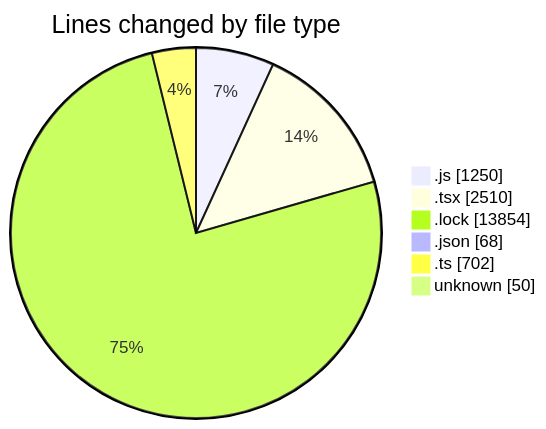
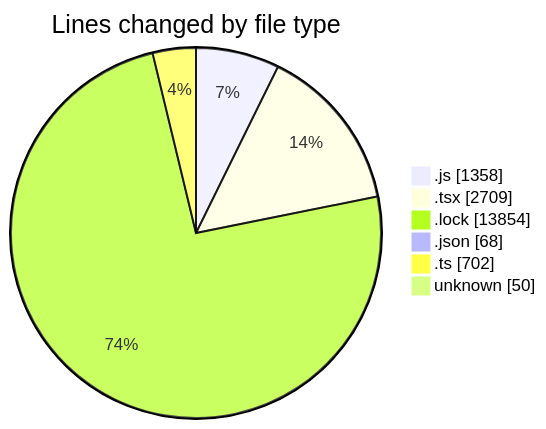
One commit to momahboobian/code-tracking changed the first of 2 diagrams in 2026-06-16/cda/README.md. Above: the diagram before and after it, drawn with Mermaid. The commit also changed other lines of this file and 1 other file, not shown here.

````diff
--- a/2026-06-16/cda/README.md
+++ b/2026-06-16/cda/README.md
@@ -41,10 +42,10 @@
 ```mermaid
 pie showData
 title Lines changed by file type
-".js" : 1250
-".tsx" : 2510
+".js" : 1358
+".tsx" : 2709
 ".lock" : 13854
 ".json" : 68
 ".ts" : 702
 "unknown" : 50
 ```
````
